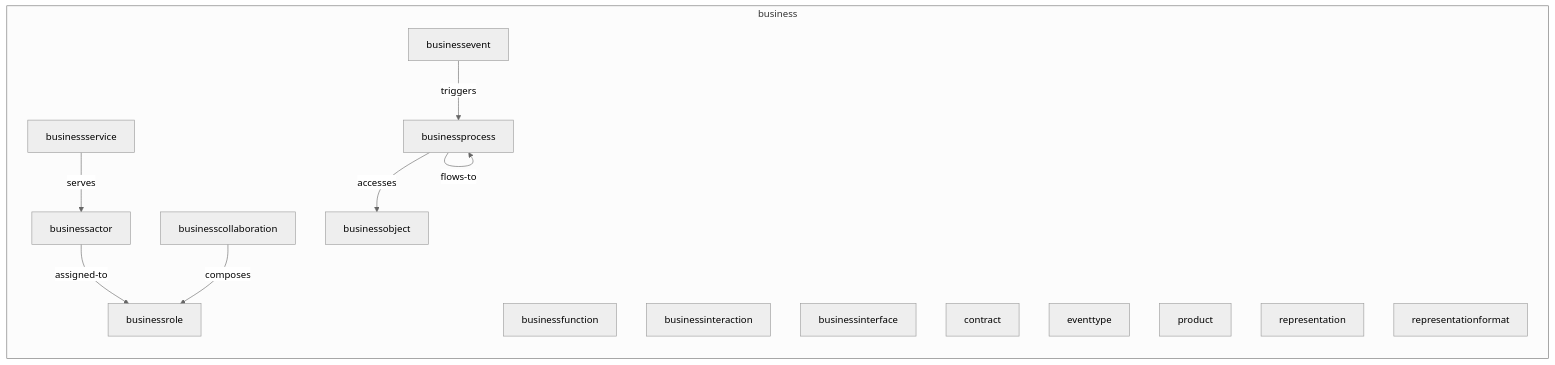
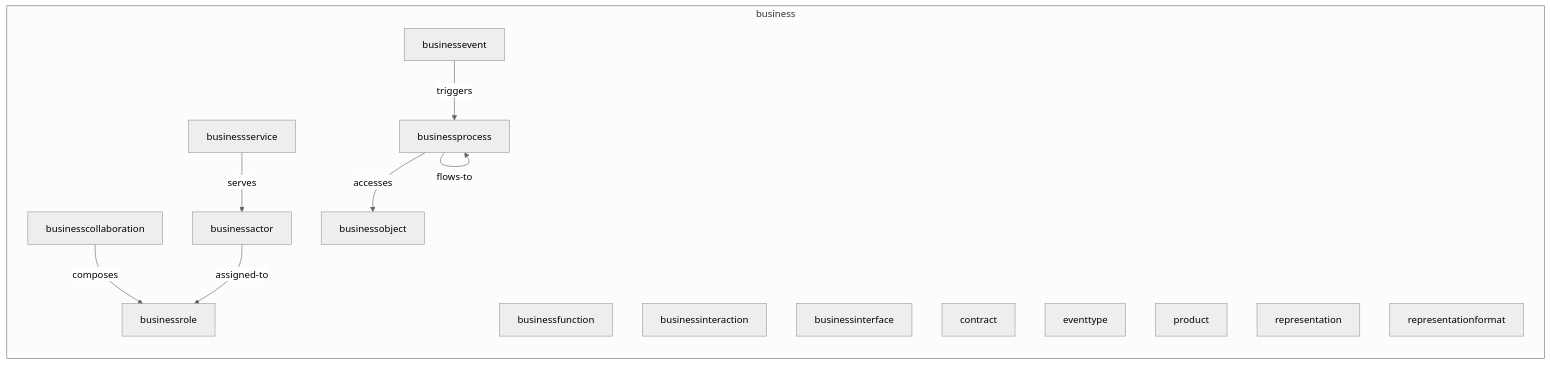
The first of 2 diagrams in spec/browser/02-business-layer-report.md (tinkermonkey/documentation_robotics), drawn with Mermaid (neutral theme) before and after one commit. The commit also changed other lines of this file and 13 other files, not shown here.

````diff
--- a/spec/browser/02-business-layer-report.md
+++ b/spec/browser/02-business-layer-report.md
@@ -51,26 +51,26 @@
 ```mermaid
 flowchart LR
   subgraph business
     businessactor["businessactor"]
     businesscollaboration["businesscollaboration"]
     businessevent["businessevent"]
     businessfunction["businessfunction"]
     businessinteraction["businessinteraction"]
     businessinterface["businessinterface"]
     businessobject["businessobject"]
     businessprocess["businessprocess"]
     businessrole["businessrole"]
     businessservice["businessservice"]
     contract["contract"]
     eventtype["eventtype"]
     product["product"]
     representation["representation"]
     representationformat["representationformat"]
+    businesscollaboration -->|composes| businessrole
+    businessprocess -->|accesses| businessobject
     businessactor -->|assigned-to| businessrole
-    businesscollaboration -->|composes| businessrole
+    businessprocess -->|flows-to| businessprocess
     businessevent -->|triggers| businessprocess
-    businessprocess -->|accesses| businessobject
-    businessprocess -->|flows-to| businessprocess
     businessservice -->|serves| businessactor
   end
 ```
````
